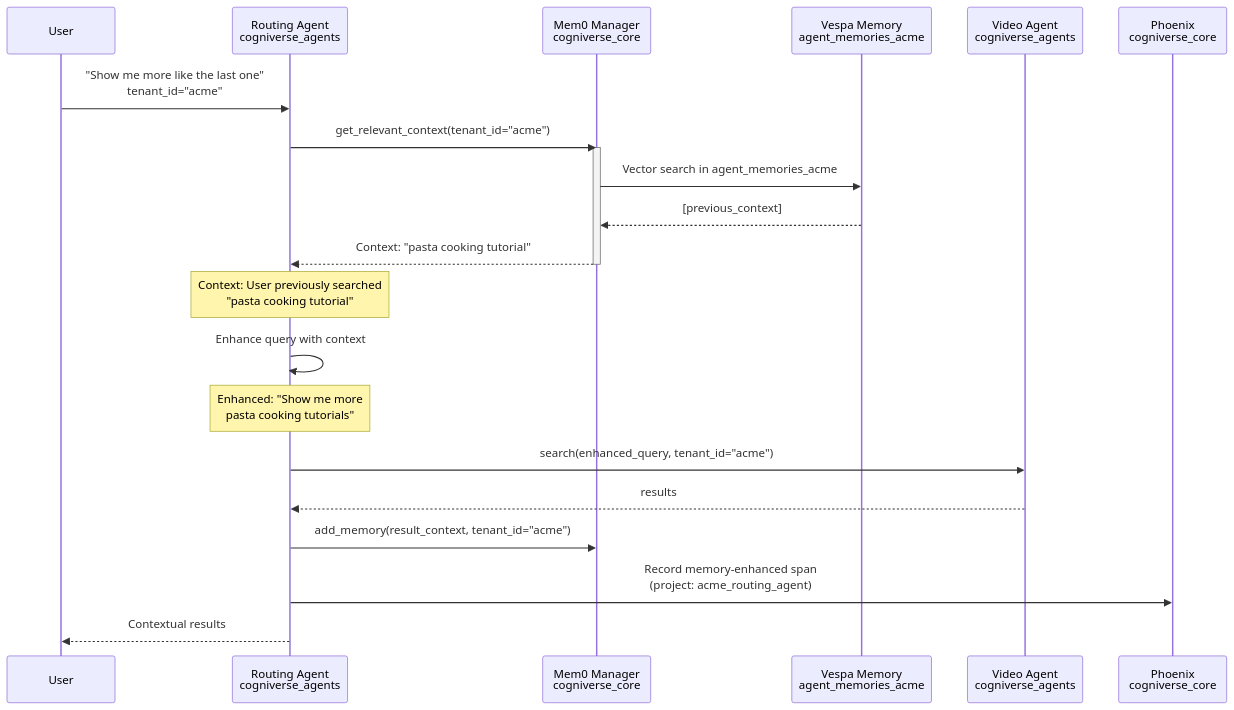
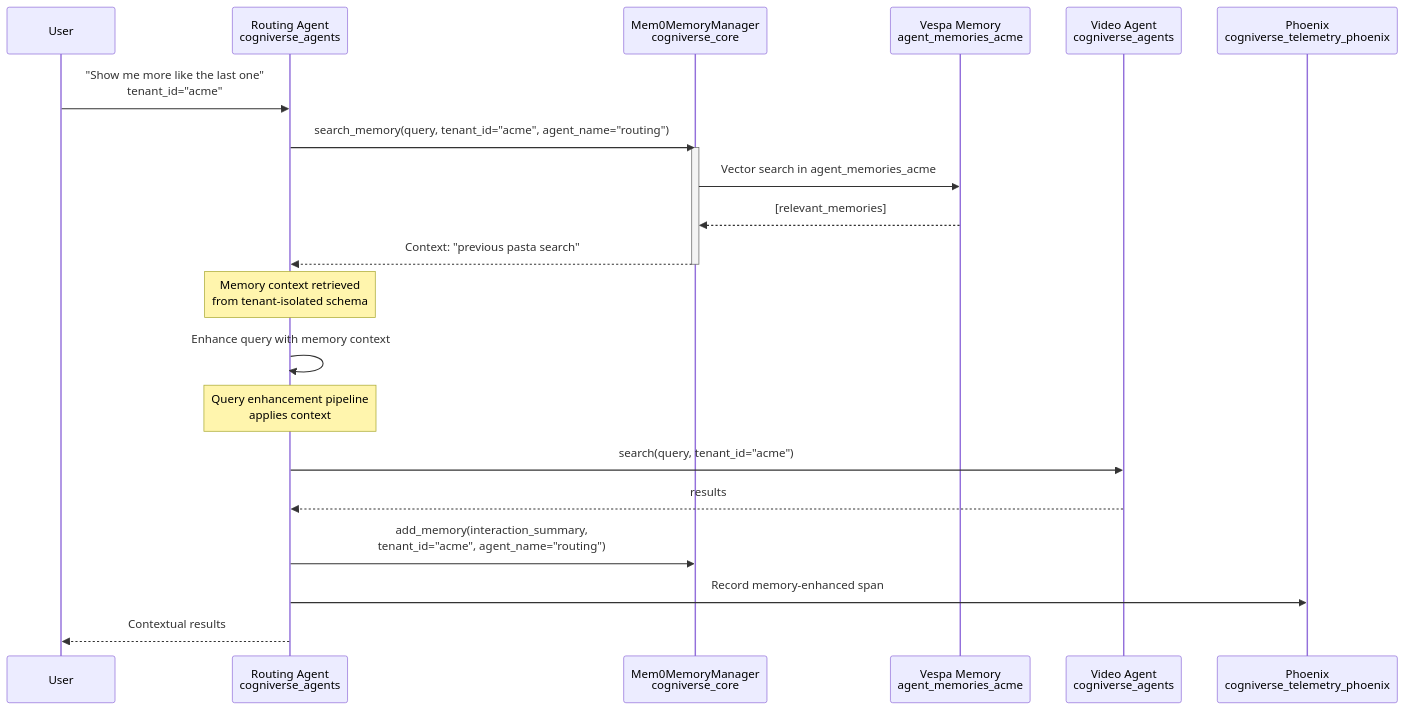
Before and after one commit to amit-jain/cogniverse: the fourth of 24 diagrams in docs/architecture/system-flows.md, drawn with Mermaid. The commit also changed other lines of this file and 83 other files, not shown here.

First line of the commit message:
Fix documentation veracity, formatting, and diagrams across all modules

````diff
--- a/docs/architecture/system-flows.md
+++ b/docs/architecture/system-flows.md
@@ -289,31 +170,31 @@
 ```mermaid
 sequenceDiagram
     participant User
     participant Routing as Routing Agent<br/>cogniverse_agents
-    participant Memory as Mem0 Manager<br/>cogniverse_core
+    participant Memory as Mem0MemoryManager<br/>cogniverse_core
     participant Vespa as Vespa Memory<br/>agent_memories_acme
     participant VideoAgent as Video Agent<br/>cogniverse_agents
-    participant Phoenix as Phoenix<br/>cogniverse_core
+    participant Phoenix as Phoenix<br/>cogniverse_telemetry_phoenix
 
     User->>Routing: "Show me more like the last one"<br/>tenant_id="acme"
 
-    Routing->>Memory: get_relevant_context(tenant_id="acme")
+    Routing->>Memory: search_memory(query, tenant_id="acme", agent_name="routing")
     activate Memory
     Memory->>Vespa: Vector search in agent_memories_acme
-    Vespa-->>Memory: [previous_context]
-    Memory-->>Routing: Context: "pasta cooking tutorial"
+    Vespa-->>Memory: [relevant_memories]
+    Memory-->>Routing: Context: "previous pasta search"
     deactivate Memory
 
-    Note over Routing: Context: User previously searched<br/>"pasta cooking tutorial"
+    Note over Routing: Memory context retrieved<br/>from tenant-isolated schema
 
-    Routing->>Routing: Enhance query with context
-    Note over Routing: Enhanced: "Show me more<br/>pasta cooking tutorials"
+    Routing->>Routing: Enhance query with memory context
+    Note over Routing: Query enhancement pipeline<br/>applies context
 
-    Routing->>VideoAgent: search(enhanced_query, tenant_id="acme")
+    Routing->>VideoAgent: search(query, tenant_id="acme")
     VideoAgent-->>Routing: results
 
-    Routing->>Memory: add_memory(result_context, tenant_id="acme")
-    Routing->>Phoenix: Record memory-enhanced span<br/>(project: acme_routing_agent)
+    Routing->>Memory: add_memory(interaction_summary,<br/>tenant_id="acme", agent_name="routing")
+    Routing->>Phoenix: Record memory-enhanced span
 
     Routing-->>User: Contextual results
 ```
````
